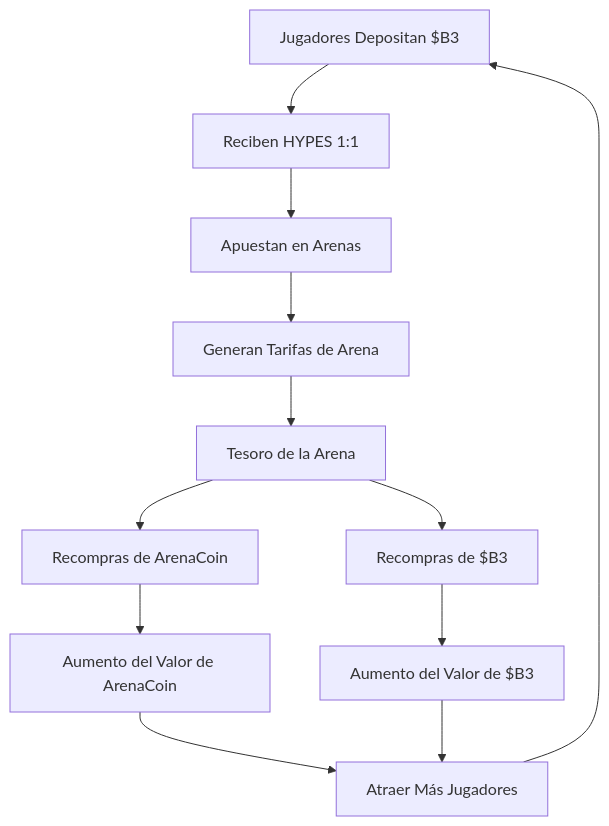
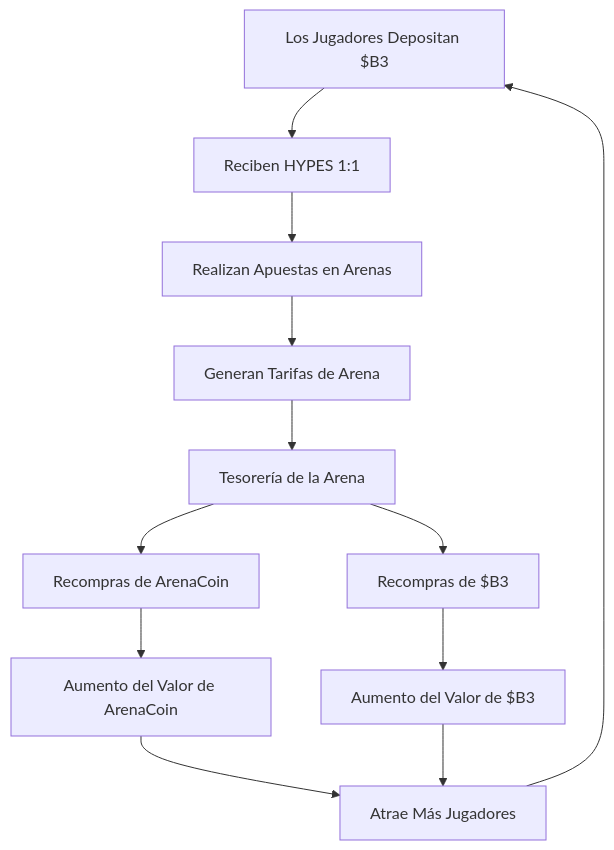
The first of 2 diagrams in docs/es/hypeduel/platform-overview.mdx (b3-fun/b3), drawn with Mermaid before and after one commit. The commit also changed other lines of this file and 52 other files, not shown here.

````diff
--- a/docs/es/hypeduel/platform-overview.mdx
+++ b/docs/es/hypeduel/platform-overview.mdx
@@ -142,14 +71,14 @@
 ```mermaid
 graph TB
-    A[Jugadores Depositan $B3] --> B[Reciben HYPES 1:1]
-    B --> C[Apuestan en Arenas]
+    A[Los Jugadores Depositan $B3] --> B[Reciben HYPES 1:1]
+    B --> C[Realizan Apuestas en Arenas]
     C --> D[Generan Tarifas de Arena]
-    D --> E[Tesoro de la Arena]
+    D --> E[Tesorería de la Arena]
     E --> F[Recompras de $B3]
     E --> G[Recompras de ArenaCoin]
     F --> H[Aumento del Valor de $B3]
     G --> I[Aumento del Valor de ArenaCoin]
-    I --> J[Atraer Más Jugadores]
+    I --> J[Atrae Más Jugadores]
     H --> J
     J --> A
 ```
````
